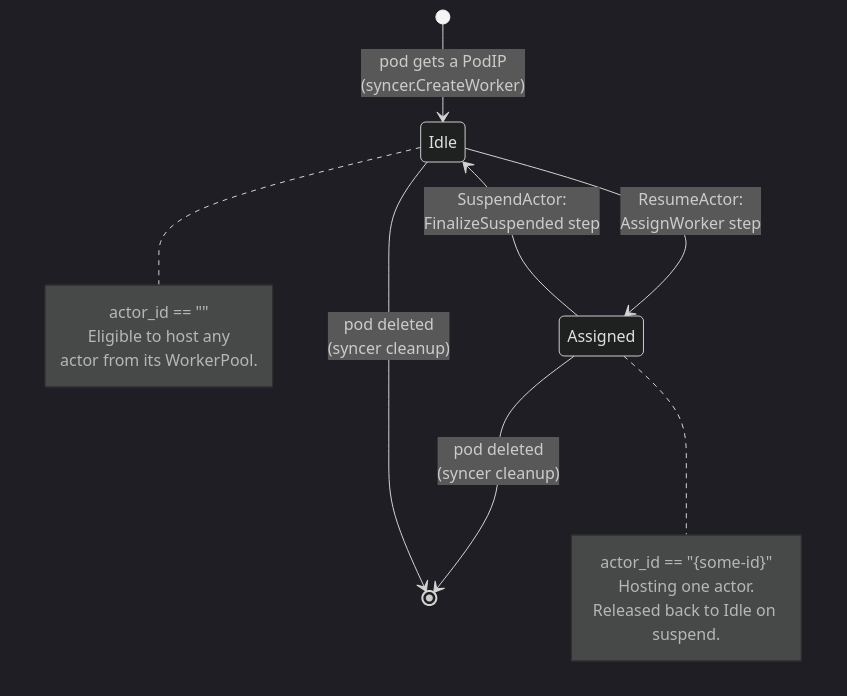
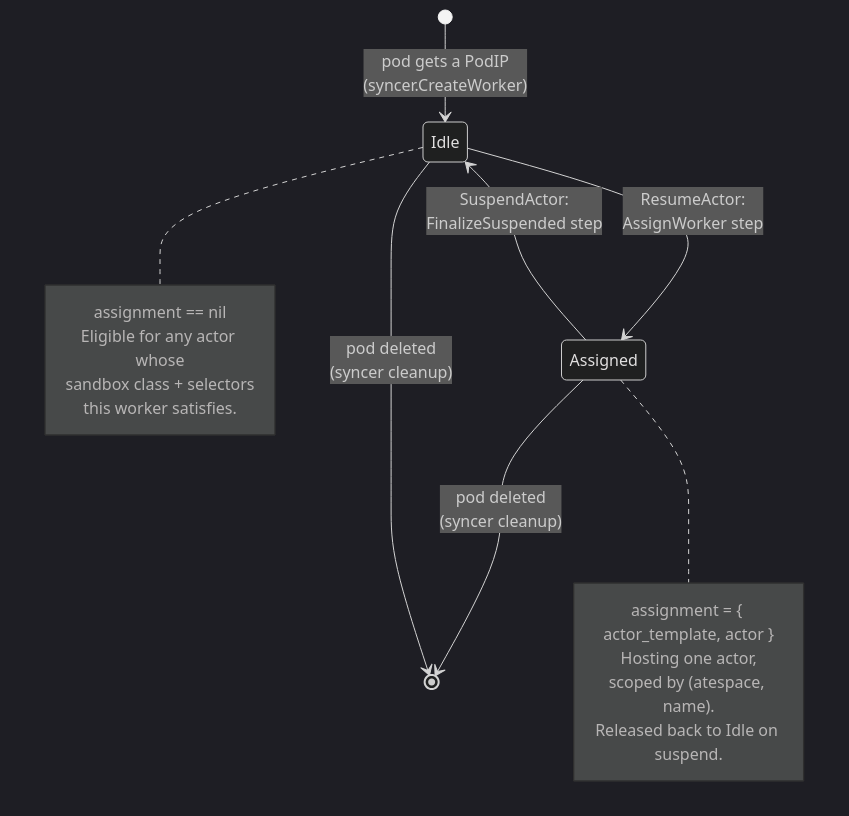
Before and after one commit to christian-posta/substrate: the first of 3 diagrams in atlas/src/content/docs/flows/worker-lifecycle.mdx, drawn with Mermaid (dark theme). The commit also changed other lines of this file and 28 other files, not shown here.

````diff
--- a/atlas/src/content/docs/flows/worker-lifecycle.mdx
+++ b/atlas/src/content/docs/flows/worker-lifecycle.mdx
@@ -14,20 +18,22 @@
 ```mermaid
 stateDiagram-v2
   [*] --> Idle: pod gets a PodIP<br/>(syncer.CreateWorker)
   Idle --> Assigned: ResumeActor:<br/>AssignWorker step
   Assigned --> Idle: SuspendActor:<br/>FinalizeSuspended step
   Assigned --> [*]: pod deleted<br/>(syncer cleanup)
   Idle --> [*]: pod deleted<br/>(syncer cleanup)
 
   note right of Idle
-    actor_id == ""
-    Eligible to host any
-    actor from its WorkerPool.
+    assignment == nil
+    Eligible for any actor whose
+    sandbox class + selectors
+    this worker satisfies.
   end note
 
   note right of Assigned
-    actor_id == "{some-id}"
-    Hosting one actor.
+    assignment = { actor_template, actor }
+    Hosting one actor,
+    scoped by (atespace, name).
     Released back to Idle on suspend.
   end note
 ```
````
